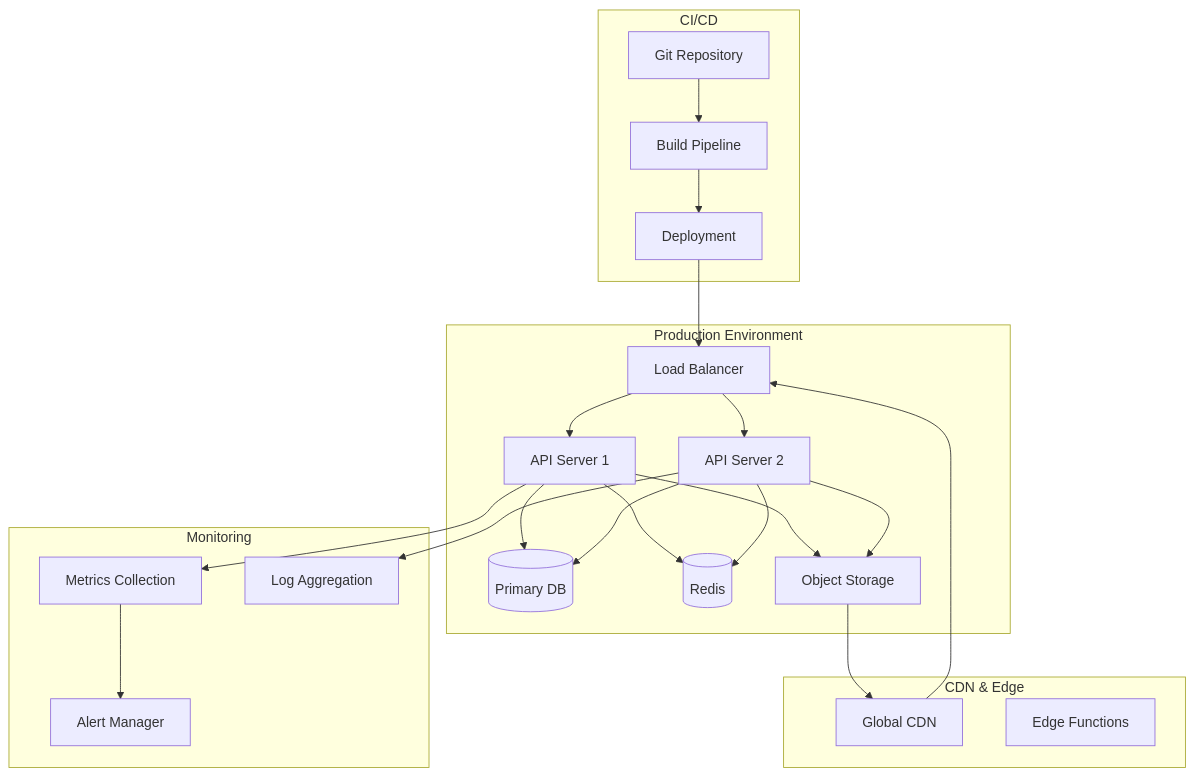
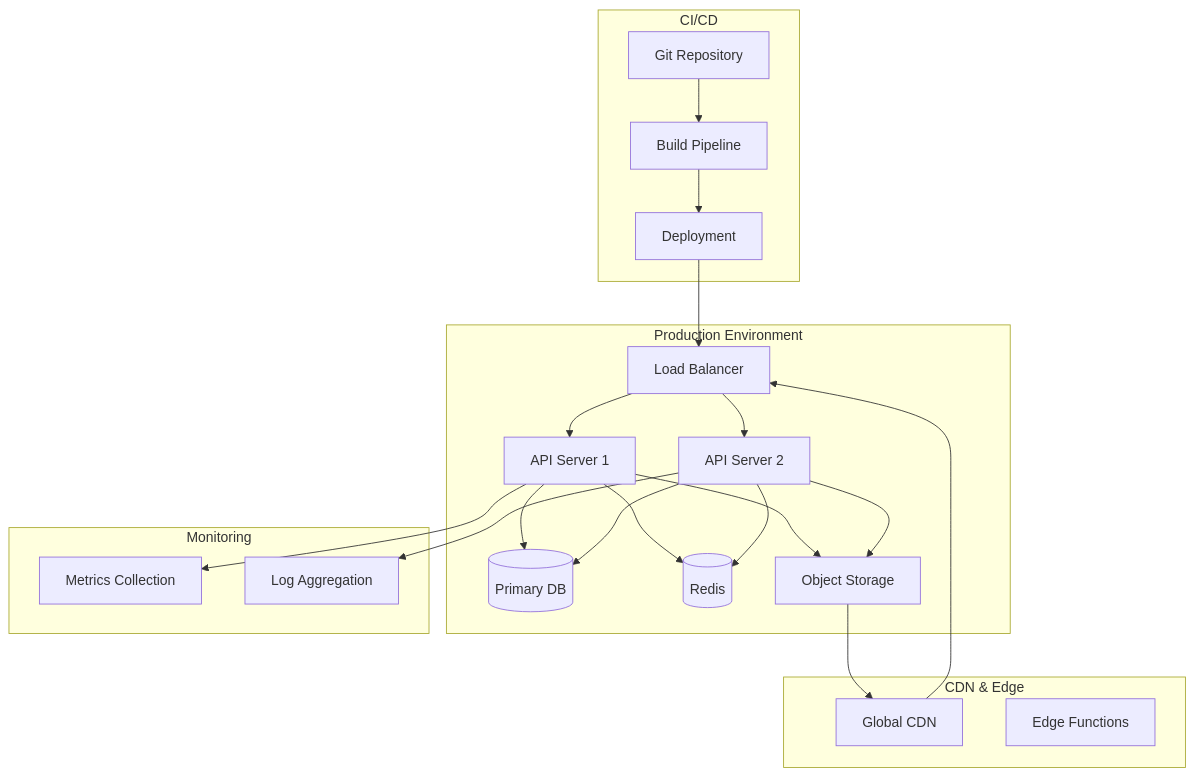
One commit to aneuhold/tracktory changed the ninth of 11 diagrams in docs/architecture/system-design.md. Above: the diagram before and after it, drawn with Mermaid. The commit also changed other lines of this file, not shown here.

````diff
--- a/docs/architecture/system-design.md
+++ b/docs/architecture/system-design.md
@@ -517,48 +517,46 @@
 ```mermaid
 graph TB
     subgraph "Production Environment"
         LB[Load Balancer]
         API1[API Server 1]
         API2[API Server 2]
         DB[(Primary DB)]
         Cache[(Redis)]
         Storage[Object Storage]
     end
 
     subgraph "CDN & Edge"
         CDN[Global CDN]
         Edge[Edge Functions]
     end
 
     subgraph "Monitoring"
         Metrics[Metrics Collection]
         Logs[Log Aggregation]
-        Alerts[Alert Manager]
     end
 
     subgraph "CI/CD"
         Git[Git Repository]
         Build[Build Pipeline]
         Deploy[Deployment]
     end
 
     CDN --> LB
     LB --> API1
     LB --> API2
     API1 --> DB
     API2 --> DB
     API1 --> Cache
     API2 --> Cache
     API1 --> Storage
     API2 --> Storage
 
     Storage --> CDN
 
     API1 --> Metrics
     API2 --> Logs
-    Metrics --> Alerts
 
     Git --> Build
     Build --> Deploy
     Deploy --> LB
 ```
````
